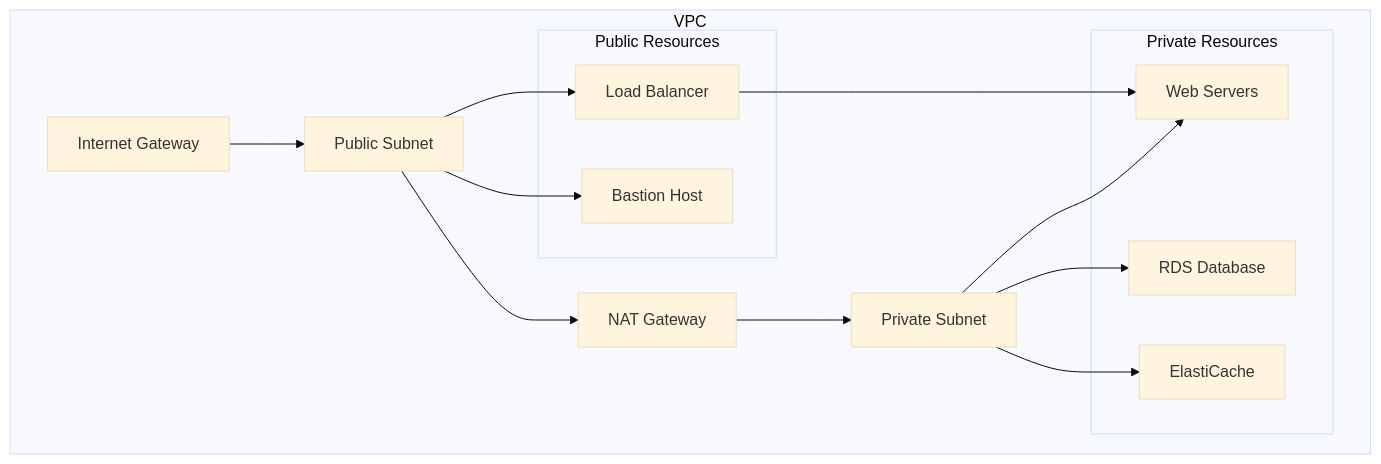
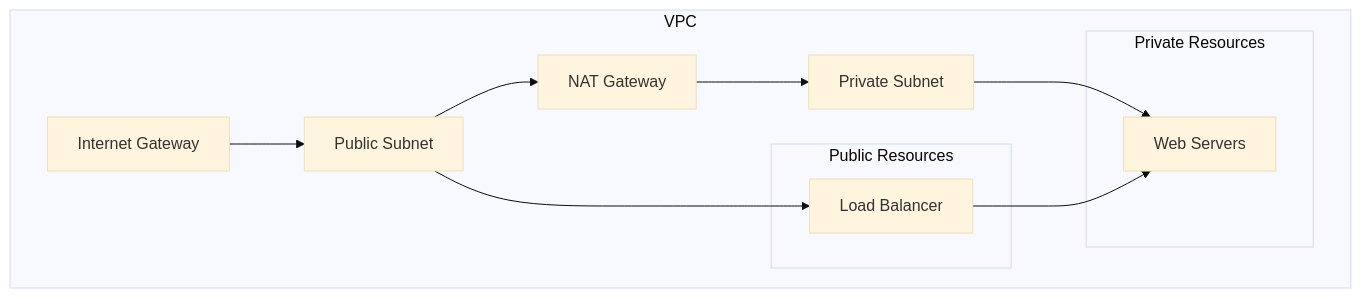
Before and after one commit to aj-geddes/terry-form-mcp: the diagram in docs/_tutorials/aws-infrastructure.md, drawn with Mermaid (base theme). The commit also changed other lines of this file and 80 other files, not shown here.

````diff
--- a/docs/_tutorials/aws-infrastructure.md
+++ b/docs/_tutorials/aws-infrastructure.md
@@ -22,30 +23,24 @@
 ```mermaid
 graph TB
     subgraph "VPC"
         A[Internet Gateway]
         B[Public Subnet]
         C[Private Subnet]
         D[NAT Gateway]
-        
+
         subgraph "Public Resources"
             E[Load Balancer]
-            F[Bastion Host]
         end
-        
+
         subgraph "Private Resources"
             G[Web Servers]
-            H[RDS Database]
-            I[ElastiCache]
         end
     end
-    
+
     A --> B
     B --> D
     D --> C
     B --> E
-    B --> F
     C --> G
-    C --> H
-    C --> I
     E --> G
 ```
````
